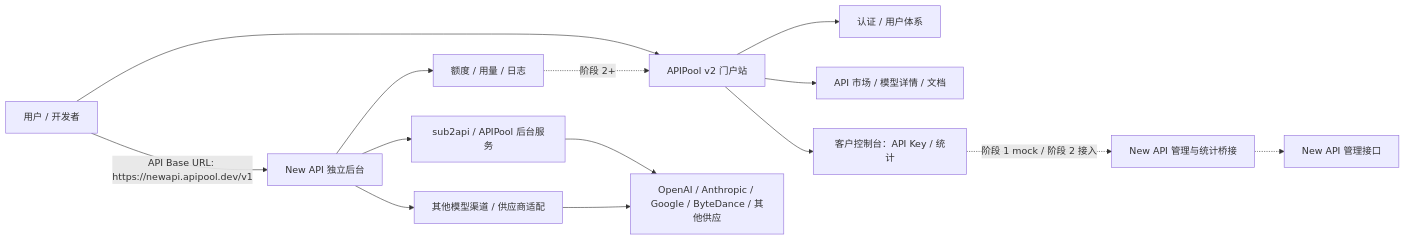
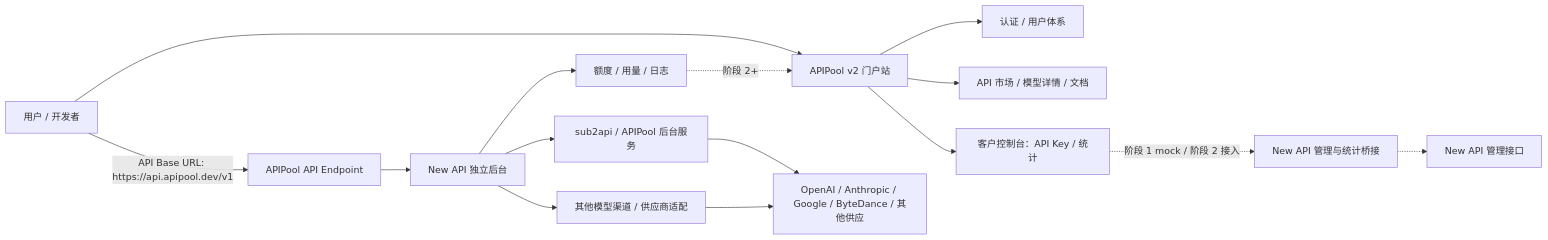
Before and after one commit to AFreeCoder/apipool-v2: the diagram in docs/superpowers/specs/2026-05-15-apipool-v2-brand-upgrade-design.md, drawn with Mermaid. The commit also changed other lines of this file and 2 other files, not shown here.

Commit message:
docs: hide New API details from user-facing MVP

````diff
--- a/docs/superpowers/specs/2026-05-15-apipool-v2-brand-upgrade-design.md
+++ b/docs/superpowers/specs/2026-05-15-apipool-v2-brand-upgrade-design.md
@@ -53,16 +53,17 @@
 ```mermaid
 flowchart LR
   User["用户 / 开发者"] --> Portal["APIPool v2 门户站"]
   Portal --> Auth["认证 / 用户体系"]
   Portal --> Catalog["API 市场 / 模型详情 / 文档"]
   Portal --> Console["客户控制台：API Key / 统计"]
   Console -. "阶段 1 mock / 阶段 2 接入" .-> NewAPIBridge["New API 管理与统计桥接"]
   NewAPIBridge -.-> NewAPIAdmin["New API 管理接口"]
-  User -->|"API Base URL: https://newapi.apipool.dev/v1"| NewAPI["New API 独立后台"]
+  User -->|"API Base URL: https://api.apipool.dev/v1"| PublicAPI["APIPool API Endpoint"]
+  PublicAPI --> NewAPI["New API 独立后台"]
   NewAPI --> Sub2API["sub2api / APIPool 后台服务"]
   NewAPI --> OtherChannels["其他模型渠道 / 供应商适配"]
   Sub2API --> Providers["OpenAI / Anthropic / Google / ByteDance / 其他供应"]
   OtherChannels --> Providers
   NewAPI --> Usage["额度 / 用量 / 日志"]
   Usage -. "阶段 2+" .-> Portal
 ```
````
